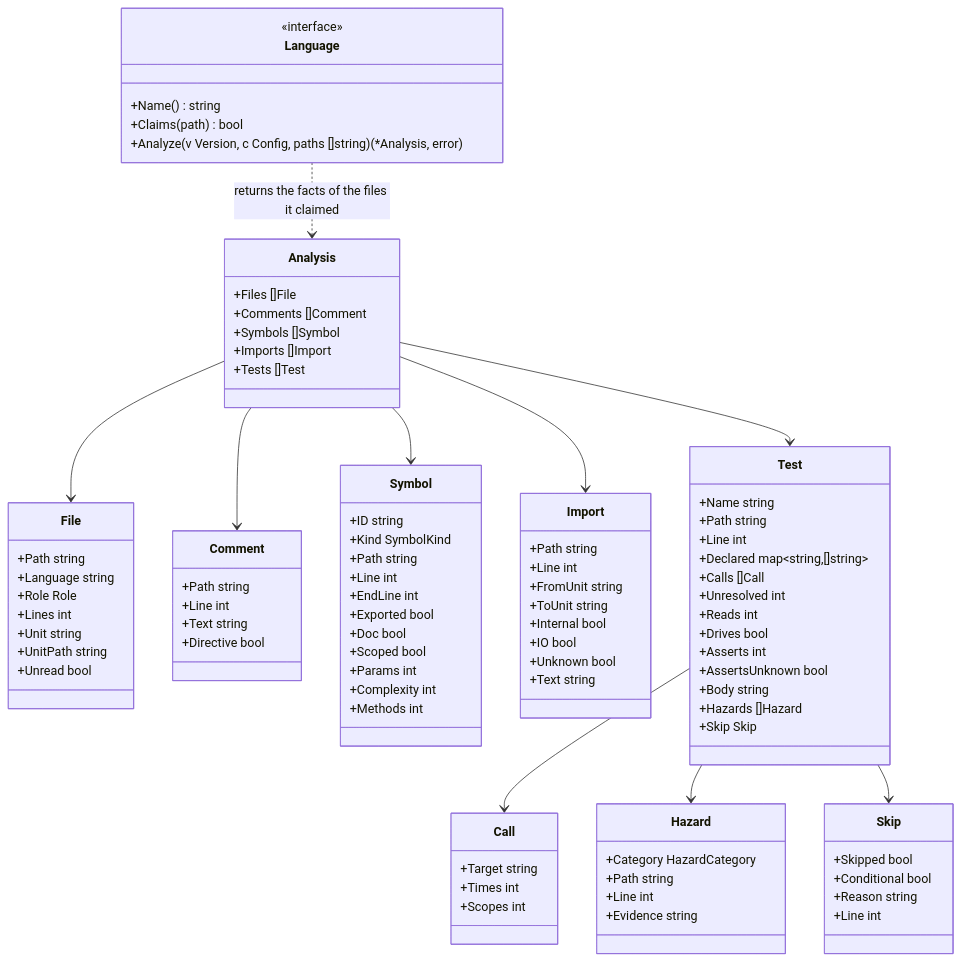
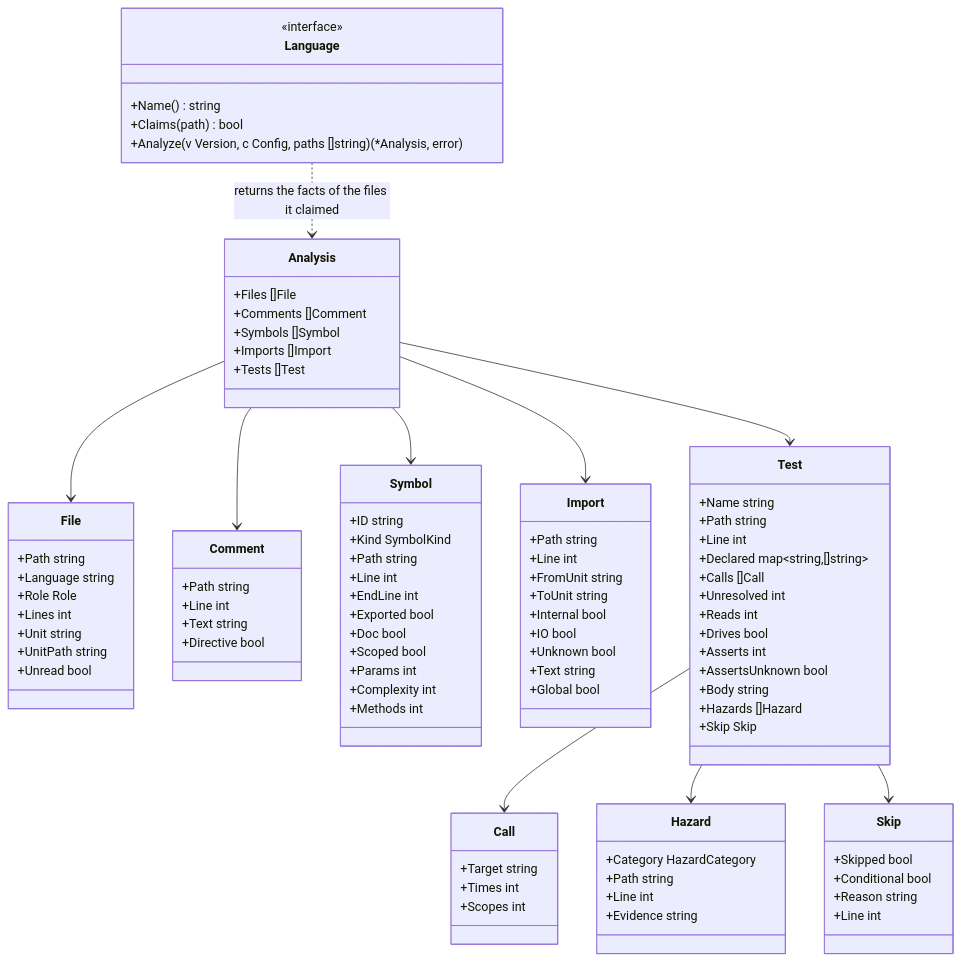
One commit to rerorets/hadome changed the diagram in docs/design/adapters.md. Above: the diagram before and after it, drawn with Mermaid. The commit also changed other lines of this file and 23 other files, not shown here.

```diff
--- a/docs/design/adapters.md
+++ b/docs/design/adapters.md
@@ -66,6 +66,7 @@
     +IO bool
     +Unknown bool
     +Text string
+    +Global bool
   }
   class Test {
     +Name string
```
